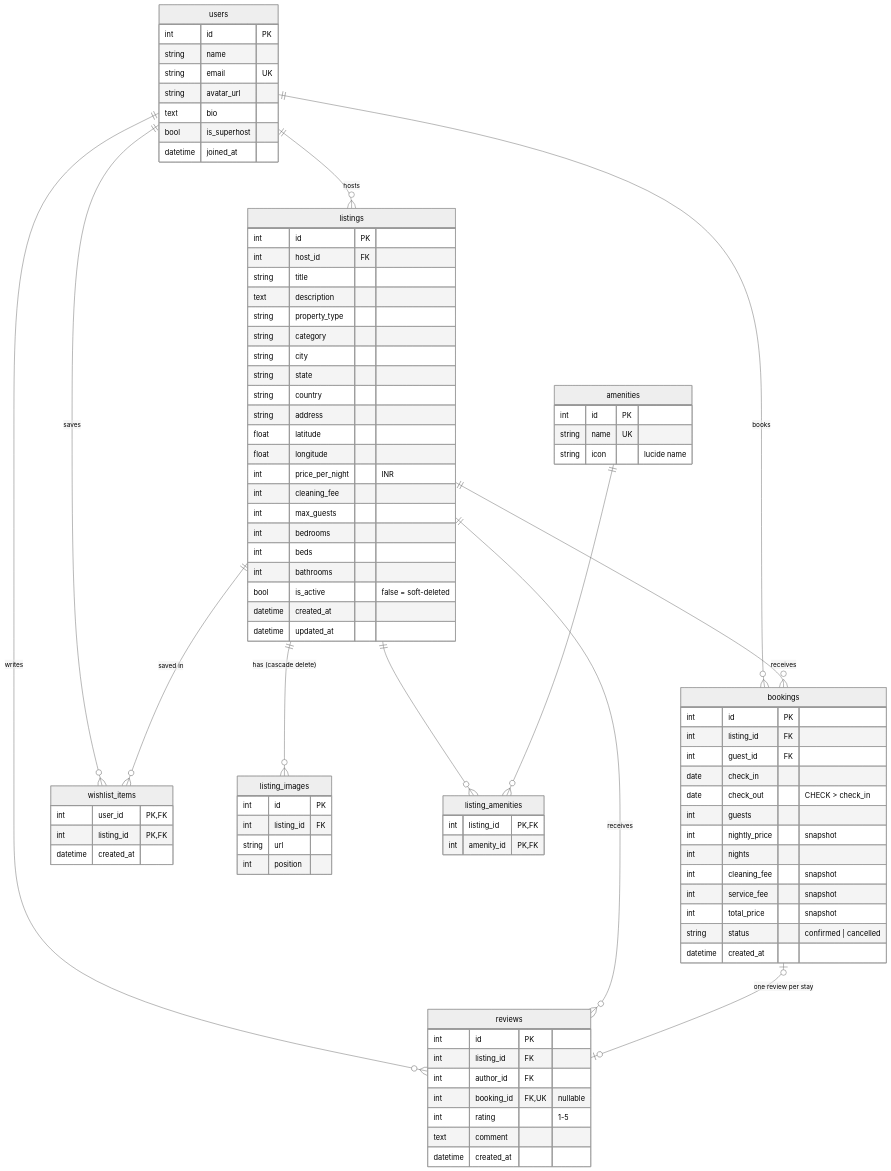
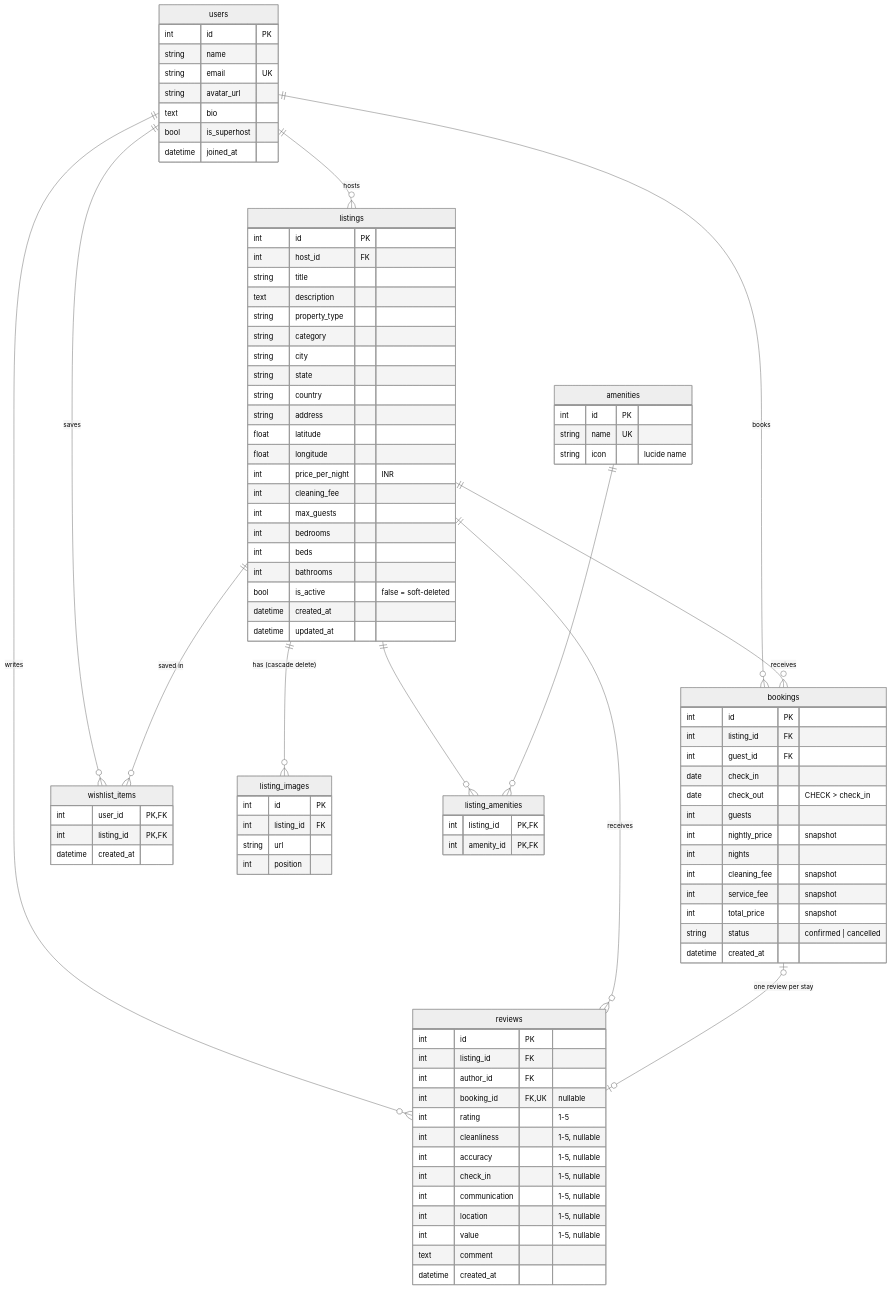
Before and after one commit to Mudrikaaa/Airbnb_clone: the diagram in README.md, drawn with Mermaid (neutral theme). The commit also changed other lines of this file and 12 other files, not shown here.

First line of the commit message:
feat(reviews): six category ratings (cleanliness, accuracy, check-in, communication, location, value)

```diff
--- a/README.md
+++ b/README.md
@@ -183,6 +183,12 @@
         int author_id FK
         int booking_id FK, UK "nullable"
         int rating "1-5"
+        int cleanliness "1-5, nullable"
+        int accuracy "1-5, nullable"
+        int check_in "1-5, nullable"
+        int communication "1-5, nullable"
+        int location "1-5, nullable"
+        int value "1-5, nullable"
         text comment
         datetime created_at
     }
```
